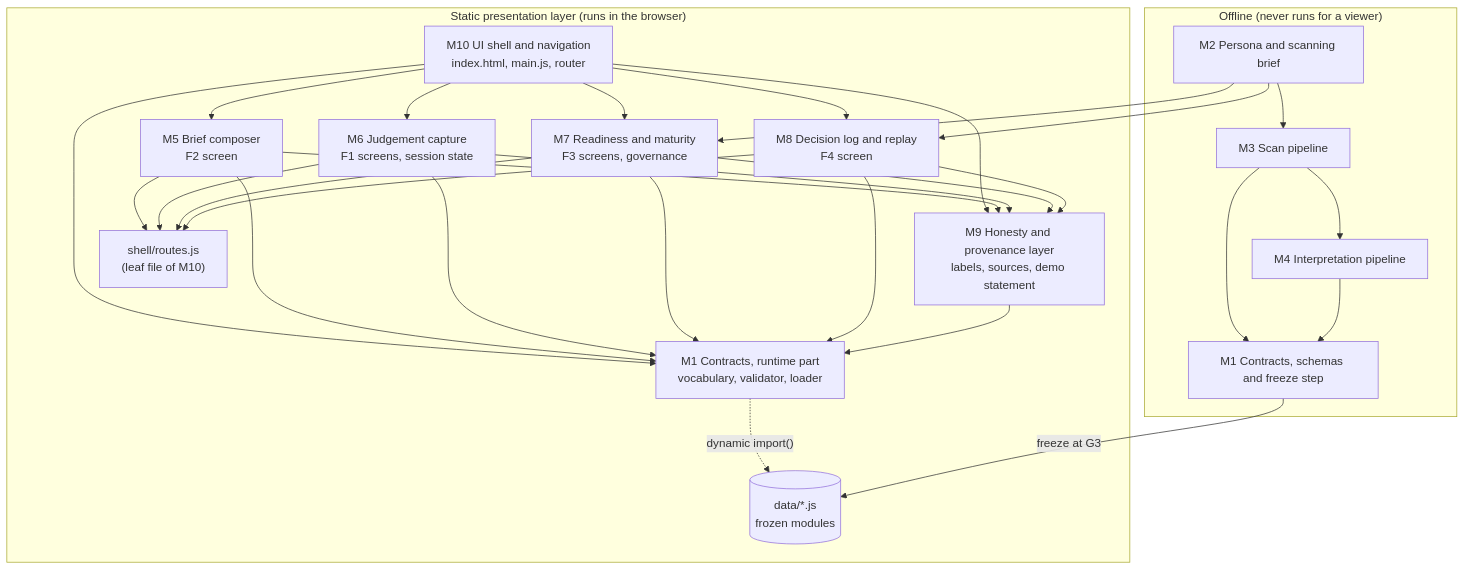
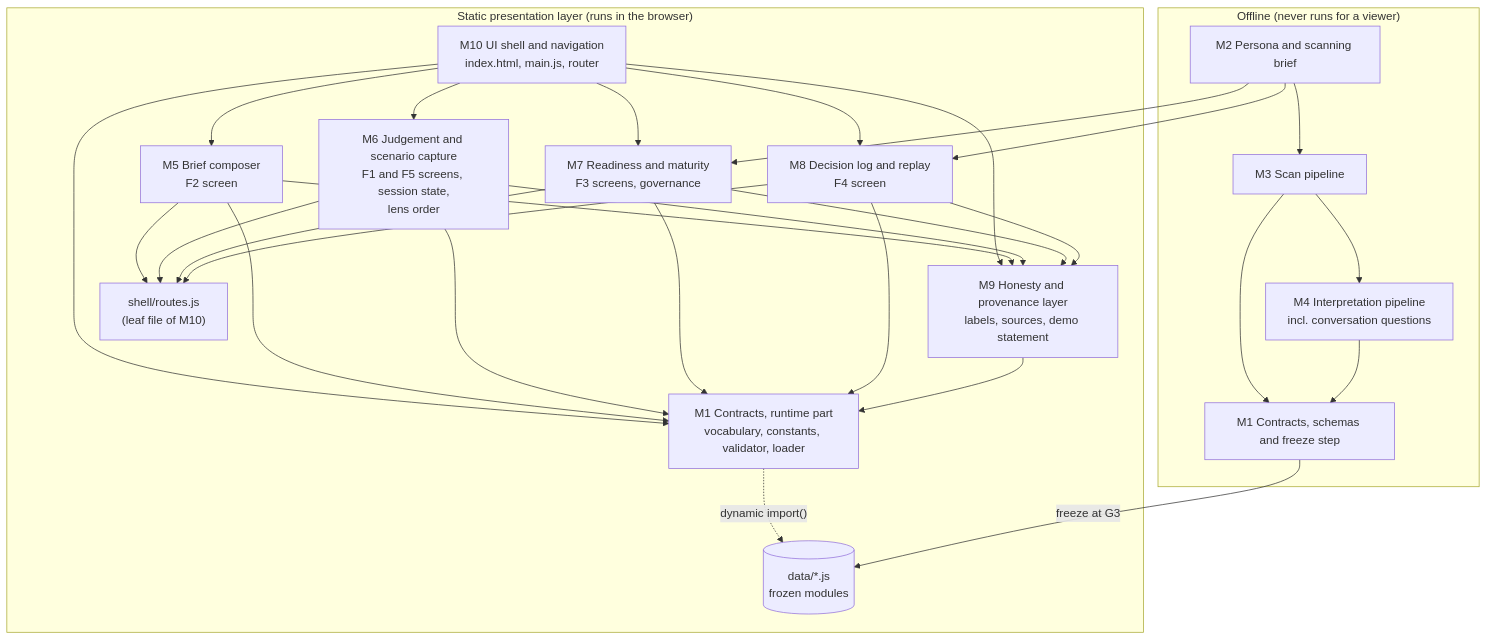
The third of 3 diagrams in docs/03-architecture.md (MackeyXXII/periscope), drawn with Mermaid before and after one commit. The commit also changed other lines of this file and 15 other files, not shown here.

````diff
--- a/docs/03-architecture.md
+++ b/docs/03-architecture.md
@@ -651,33 +823,33 @@
 ```mermaid
 flowchart TD
   subgraph Page["Static presentation layer (runs in the browser)"]
     M10["M10 UI shell and navigation<br/>index.html, main.js, router"]
     M5["M5 Brief composer<br/>F2 screen"]
-    M6["M6 Judgement capture<br/>F1 screens, session state"]
+    M6["M6 Judgement and scenario capture<br/>F1 and F5 screens, session state,<br/>lens order"]
     M7["M7 Readiness and maturity<br/>F3 screens, governance"]
     M8["M8 Decision log and replay<br/>F4 screen"]
     M9["M9 Honesty and provenance layer<br/>labels, sources, demo statement"]
-    M1R["M1 Contracts, runtime part<br/>vocabulary, validator, loader"]
+    M1R["M1 Contracts, runtime part<br/>vocabulary, constants, validator, loader"]
     ROUTES["shell/routes.js<br/>(leaf file of M10)"]
     DATA[("data/*.js<br/>frozen modules")]
   end
   subgraph Offline["Offline (never runs for a viewer)"]
     M2["M2 Persona and scanning brief"]
     M3["M3 Scan pipeline"]
-    M4["M4 Interpretation pipeline"]
+    M4["M4 Interpretation pipeline<br/>incl. conversation questions"]
     M1S["M1 Contracts, schemas and freeze step"]
   end
   M10 --> M5 & M6 & M7 & M8
   M10 --> M9
   M10 --> M1R
   M5 & M6 & M7 & M8 --> M9
   M5 & M6 & M7 & M8 --> M1R
   M5 & M6 & M7 & M8 --> ROUTES
   M9 --> M1R
   M1R -. "dynamic import()" .-> DATA
   M2 --> M3 --> M4
   M2 --> M7
   M2 --> M8
   M3 & M4 --> M1S
   M1S -- "freeze at G3" --> DATA
 ```
````
